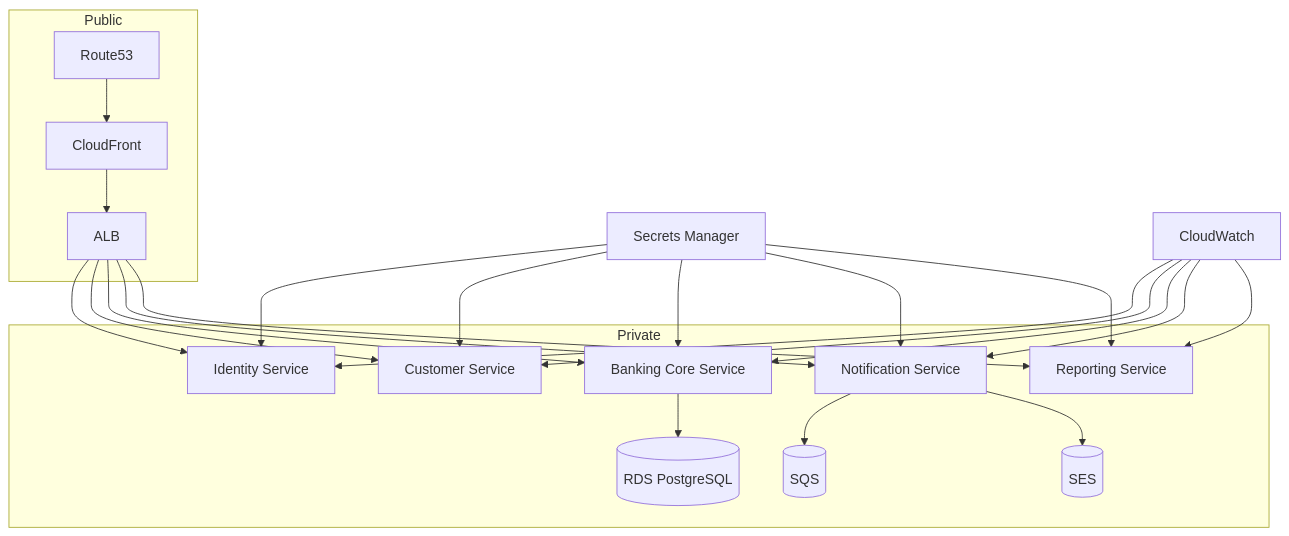
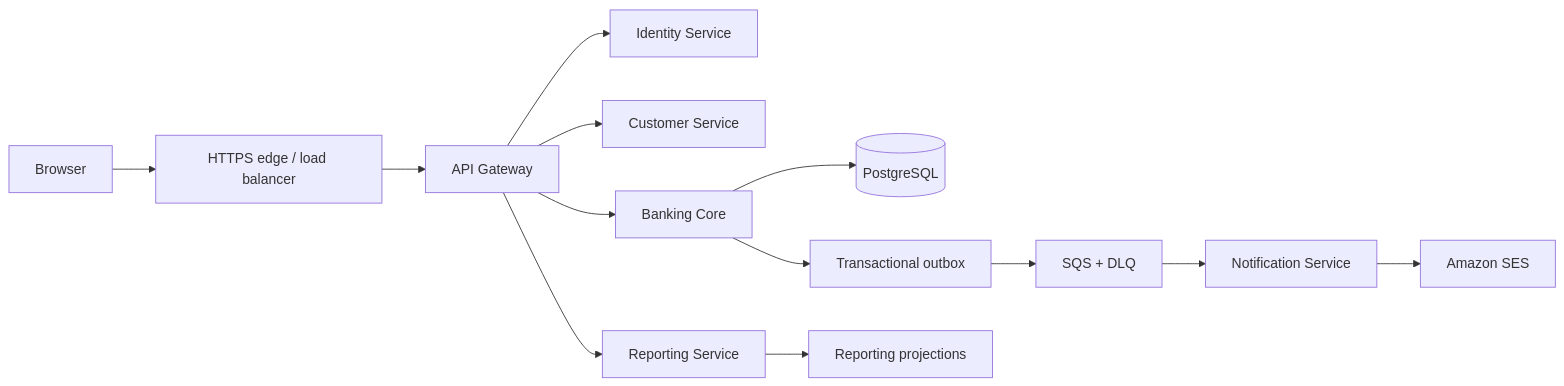
The second of 2 diagrams in docs/architecture.md (santhosh-1974/event-source-ledger), drawn with Mermaid before and after one commit. The commit also changed other lines of this file and 14 other files, not shown here.

````diff
--- a/docs/architecture.md
+++ b/docs/architecture.md
@@ -437,19 +109,15 @@
 ```mermaid
-graph TB
-    subgraph Public
-        R53[Route53] --> CF[CloudFront]
-        CF --> ALB[ALB]
-    end
-    subgraph Private
-        ALB --> ID[Identity Service]
-        ALB --> CS[Customer Service]
-        ALB --> BC[Banking Core Service]
-        ALB --> NS[Notification Service]
-        ALB --> RS[Reporting Service]
-        BC --> RDS[(RDS PostgreSQL)]
-        NS --> SQS[(SQS)]
-        NS --> SES[(SES)]
-    end
-    SM[Secrets Manager] --> ID & CS & BC & NS & RS
-    CW[CloudWatch] --> ID & CS & BC & NS & RS
+flowchart LR
+    Client[Browser] --> Edge[HTTPS edge / load balancer]
+    Edge --> Gateway[API Gateway]
+    Gateway --> Identity[Identity Service]
+    Gateway --> Customer[Customer Service]
+    Gateway --> Banking[Banking Core]
+    Gateway --> Reporting[Reporting Service]
+    Banking --> DB[(PostgreSQL)]
+    Banking --> Outbox[Transactional outbox]
+    Outbox --> Queue[SQS + DLQ]
+    Queue --> Notification[Notification Service]
+    Notification --> SES[Amazon SES]
+    Reporting --> Projections[Reporting projections]
 ```
````
